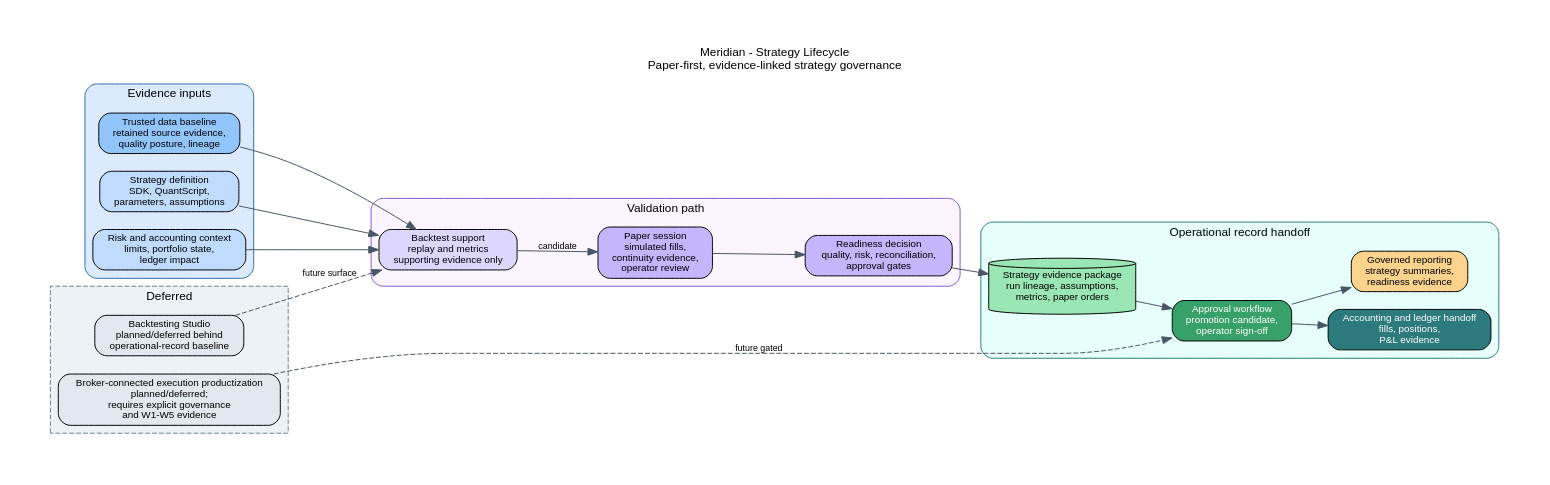
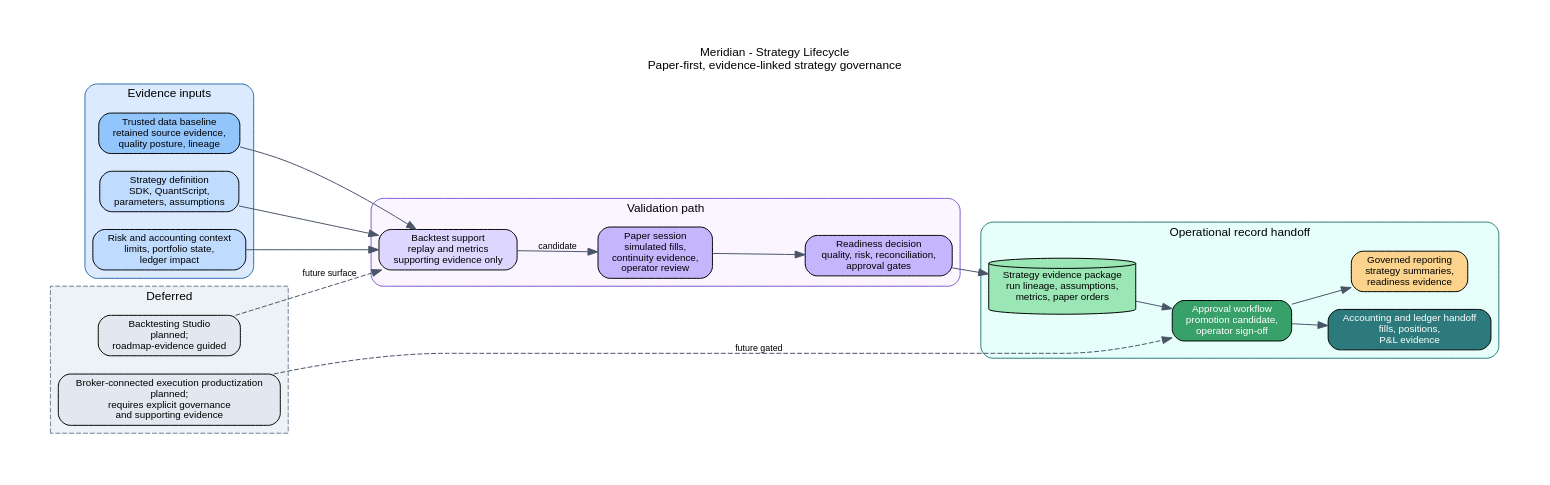
Before and after one commit to rodoHasArrived/Meridian-main: the diagram in docs/diagrams/workflows/operations/strategy-lifecycle.dot, drawn with Graphviz. The commit also changed 131 other files, not shown here.

```diff
--- a/docs/diagrams/workflows/operations/strategy-lifecycle.dot
+++ b/docs/diagrams/workflows/operations/strategy-lifecycle.dot
@@ -1,84 +1,84 @@
 // Strategy Lifecycle Diagram
 // Meridian current project stance
 // Last Updated: 2026-06-10
 //
 // Strategy work remains useful when it feeds retained evidence, paper
 // readiness, approvals, accounting records, or governed reports.
 
 digraph StrategyLifecycle {
   rankdir=LR;
   graph [fontname="Helvetica", fontsize=12, bgcolor="white", compound=true, pad=0.5];
   node  [fontname="Helvetica", fontsize=10, shape=box, style="rounded,filled"];
   edge  [fontname="Helvetica", fontsize=9, color="#4a5568"];
 
   labelloc="t";
   label="Meridian - Strategy Lifecycle\nPaper-first, evidence-linked strategy governance";
 
   subgraph cluster_inputs {
     label="Evidence inputs";
     color="#2b6cb0";
     style="rounded";
     bgcolor="#dbeafe";
 
     DATA [fillcolor="#93c5fd",
       label="Trusted data baseline\nretained source evidence,\nquality posture, lineage"];
     STRATEGY [fillcolor="#bfdbfe",
       label="Strategy definition\nSDK, QuantScript,\nparameters, assumptions"];
     RISK [fillcolor="#bfdbfe",
       label="Risk and accounting context\nlimits, portfolio state,\nledger impact"];
   }
 
   subgraph cluster_validation {
     label="Validation path";
     color="#805ad5";
     style="rounded";
     bgcolor="#faf5ff";
 
     BACKTEST [fillcolor="#ddd6fe",
       label="Backtest support\nreplay and metrics\nsupporting evidence only"];
     PAPER [fillcolor="#c4b5fd",
       label="Paper session\nsimulated fills,\ncontinuity evidence,\noperator review"];
     READINESS [fillcolor="#c4b5fd",
       label="Readiness decision\nquality, risk, reconciliation,\napproval gates"];
   }
 
   subgraph cluster_record {
     label="Operational record handoff";
     color="#2c7a7b";
     style="rounded";
     bgcolor="#e6fffa";
 
     EVIDENCE [shape=cylinder, fillcolor="#9ae6b4",
       label="Strategy evidence package\nrun lineage, assumptions,\nmetrics, paper orders"];
     APPROVAL [fillcolor="#38a169", fontcolor="white",
       label="Approval workflow\npromotion candidate,\noperator sign-off"];
     LEDGER [fillcolor="#2c7a7b", fontcolor="white",
       label="Accounting and ledger handoff\nfills, positions,\nP&L evidence"];
     REPORTS [fillcolor="#fbd38d",
       label="Governed reporting\nstrategy summaries,\nreadiness evidence"];
   }
 
   subgraph cluster_deferred {
     label="Deferred";
     color="#718096";
     style="dashed";
     bgcolor="#edf2f7";
 
     LIVE [fillcolor="#e2e8f0",
-      label="Broker-connected execution productization\nplanned/deferred;\nrequires explicit governance\nand W1-W5 evidence"];
+      label="Broker-connected execution productization\nplanned;\nrequires explicit governance\nand supporting evidence"];
     STUDIO [fillcolor="#e2e8f0",
-      label="Backtesting Studio\nplanned/deferred behind\noperational-record baseline"];
+      label="Backtesting Studio\nplanned;\nroadmap-evidence guided"];
   }
 
   DATA -> BACKTEST;
   STRATEGY -> BACKTEST;
   RISK -> BACKTEST;
   BACKTEST -> PAPER [label="candidate"];
   PAPER -> READINESS;
   READINESS -> EVIDENCE;
   EVIDENCE -> APPROVAL;
   APPROVAL -> LEDGER;
   APPROVAL -> REPORTS;
   LIVE -> APPROVAL [style=dashed, label="future gated"];
   STUDIO -> BACKTEST [style=dashed, label="future surface"];
 }
```
